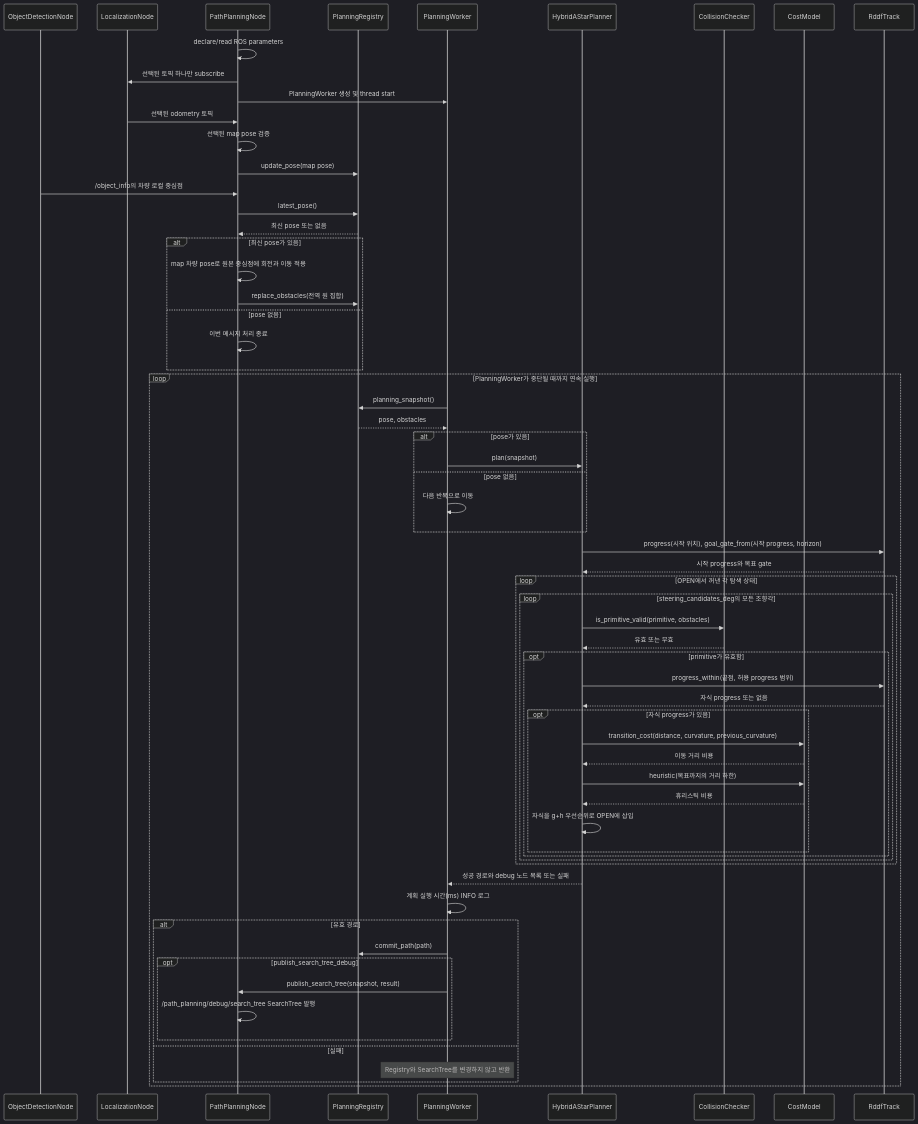
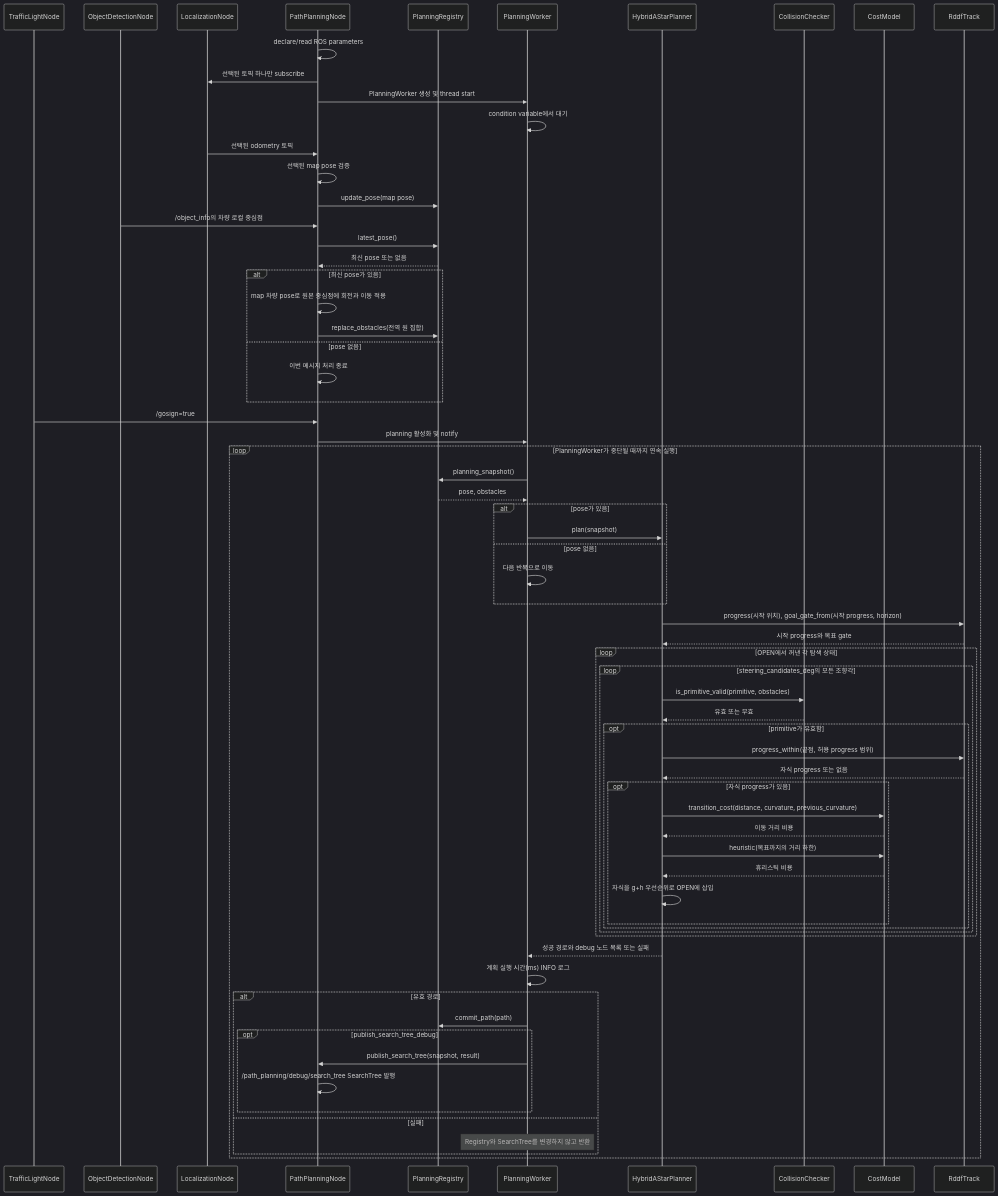
The second of 3 diagrams in src/path_planning/README.md (Team-Stier/AMET2026_coex_stier), drawn with Mermaid (dark theme) before and after one commit. The commit also changed other lines of this file and 5 other files, not shown here.

Commit message:
Gate path planning on the traffic light start signal

````diff
--- a/src/path_planning/README.md
+++ b/src/path_planning/README.md
@@ -277,68 +277,73 @@
 ```mermaid
 sequenceDiagram
+    participant TL as TrafficLightNode
     participant OD as ObjectDetectionNode
     participant LOC as LocalizationNode
     participant N as PathPlanningNode
     participant REG as PlanningRegistry
     participant W as PlanningWorker
     participant HA as HybridAStarPlanner
     participant CC as CollisionChecker
     participant CM as CostModel
     participant RT as RddfTrack
 
     N->>N: declare/read ROS parameters
     N->>LOC: 선택된 토픽 하나만 subscribe
     N->>W: PlanningWorker 생성 및 thread start
+    W->>W: condition variable에서 대기
     LOC->>N: 선택된 odometry 토픽
     N->>N: 선택된 map pose 검증
     N->>REG: update_pose(map pose)
     OD->>N: /object_info의 차량 로컬 중심점
     N->>REG: latest_pose()
     REG-->>N: 최신 pose 또는 없음
     alt 최신 pose가 있음
         N->>N: map 차량 pose로 원본 중심점에 회전과 이동 적용
         N->>REG: replace_obstacles(전역 원 집합)
     else pose 없음
         N->>N: 이번 메시지 처리 종료
     end
+
+    TL->>N: /gosign=true
+    N->>W: planning 활성화 및 notify
 
     loop PlanningWorker가 중단될 때까지 연속 실행
         W->>REG: planning_snapshot()
         REG-->>W: pose, obstacles
         alt pose가 있음
             W->>HA: plan(snapshot)
         else pose 없음
             W->>W: 다음 반복으로 이동
         end
     HA->>RT: progress(시작 위치), goal_gate_from(시작 progress, horizon)
     RT-->>HA: 시작 progress와 목표 gate
     loop OPEN에서 꺼낸 각 탐색 상태
         loop steering_candidates_deg의 모든 조향각
             HA->>CC: is_primitive_valid(primitive, obstacles)
             CC-->>HA: 유효 또는 무효
             opt primitive가 유효함
                 HA->>RT: progress_within(끝점, 허용 progress 범위)
                 RT-->>HA: 자식 progress 또는 없음
                 opt 자식 progress가 있음
                     HA->>CM: transition_cost(distance, curvature, previous_curvature)
                     CM-->>HA: 이동 거리 비용
                     HA->>CM: heuristic(목표까지의 거리 하한)
                     CM-->>HA: 휴리스틱 비용
                     HA->>HA: 자식을 g+h 우선순위로 OPEN에 삽입
                 end
             end
         end
     end
     HA-->>W: 성공 경로와 debug 노드 목록 또는 실패
     W->>W: 계획 실행 시간(ms) INFO 로그
     alt 유효 경로
         W->>REG: commit_path(path)
         opt publish_search_tree_debug
             W->>N: publish_search_tree(snapshot, result)
             N->>N: /path_planning/debug/search_tree SearchTree 발행
         end
     else 실패
         Note over W: Registry와 SearchTree를 변경하지 않고 반환
     end
     end
 ```
````
